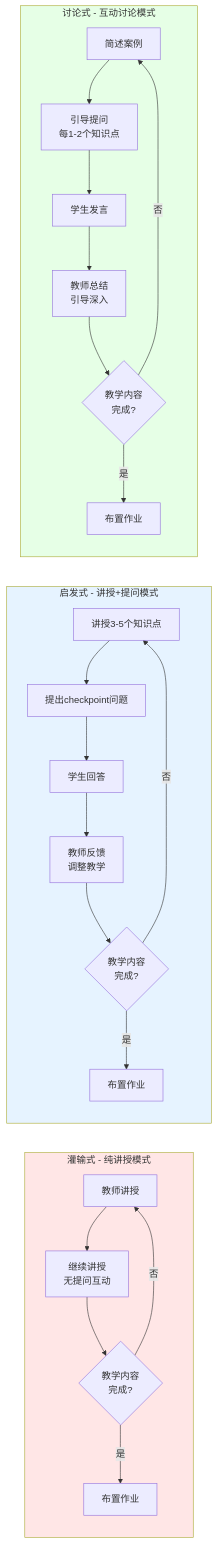
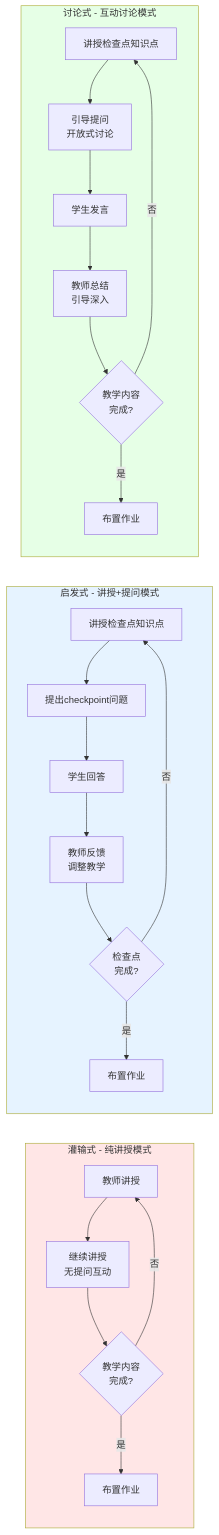
One commit to PZRvm/teaching-agent changed diagram 12 of 12 in docs/design.md. Above: the diagram before and after it, drawn with Mermaid. The commit also changed other lines of this file and 3 other files, not shown here.

````diff
--- a/docs/design.md
+++ b/docs/design.md
@@ -1765,34 +2309,34 @@
 ```mermaid
 flowchart LR
     subgraph 灌输式[灌输式 - 纯讲授模式]
         direction TB
         D1[教师讲授] --> D2[继续讲授<br/>无提问互动]
         D2 --> D3{教学内容<br/>完成?}
         D3 -->|否| D1
         D3 -->|是| D4[布置作业]
     end
 
     subgraph 启发式[启发式 - 讲授+提问模式]
         direction TB
-        H1[讲授3-5个知识点] --> H2[提出checkpoint问题]
+        H1[讲授检查点知识点] --> H2[提出checkpoint问题]
         H2 --> H3[学生回答]
         H3 --> H4[教师反馈<br/>调整教学]
-        H4 --> H5{教学内容<br/>完成?}
+        H4 --> H5{检查点<br/>完成?}
         H5 -->|否| H1
         H5 -->|是| H6[布置作业]
     end
 
     subgraph 讨论式[讨论式 - 互动讨论模式]
         direction TB
-        Disc1[简述案例] --> Disc2[引导提问<br/>每1-2个知识点]
+        Disc1[讲授检查点知识点] --> Disc2[引导提问<br/>开放式讨论]
         Disc2 --> Disc3[学生发言]
         Disc3 --> Disc4[教师总结<br/>引导深入]
         Disc4 --> Disc5{教学内容<br/>完成?}
         Disc5 -->|否| Disc1
         Disc5 -->|是| Disc6[布置作业]
     end
 
     style 灌输式 fill:#ffe6e6
     style 启发式 fill:#e6f3ff
     style 讨论式 fill:#e6ffe6
 ```
````
